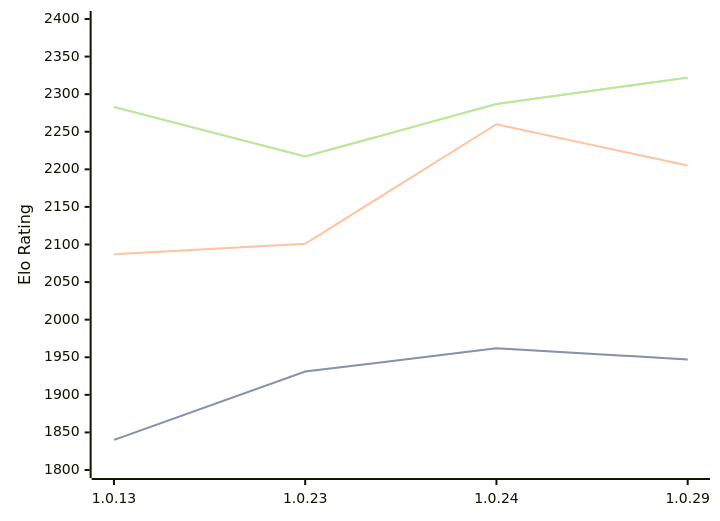
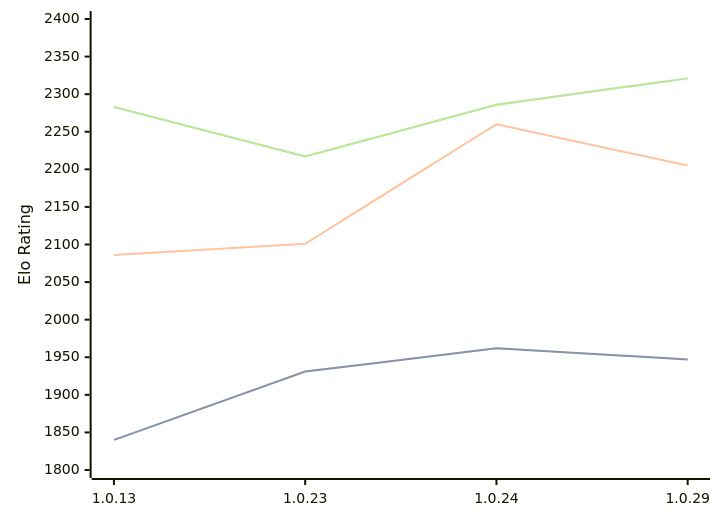
The diagram in engines/RustyRival.md (computer-chess-index/cci), drawn with Mermaid before and after one commit. The commit also changed other lines of this file, not shown here.

Commit message:
Update CCI Ratings (ELO VLTC) - 2026-03-03

````diff
--- a/engines/RustyRival.md
+++ b/engines/RustyRival.md
@@ -54,11 +54,11 @@
 ```mermaid
 %%{init: {"theme":"base","themeVariables":{"seriesColors:['#a3a3a3','#222221','#faa371']}}}%%
 xychart-beta
   x-axis ["1.0.13", "1.0.23", "1.0.24", "1.0.29"]
   y-axis "Elo Rating" 1800 --> 2400
   line "STC (8.0+0.08s)" [1840, 1931, 1962, 1947]
   line "STC (8.0+0.08s)" [1840, 1931, 1962, 1947]
-  line "LTC (60.0+0.60s)" [2087, 2101, 2260, 2205]
-  line "VLTC (2m24s+1.12s)" [2283, 2217, 2287, 2322]
-  line "VLTC (2m24s+1.12s)" [2283, 2217, 2287, 2322]
+  line "LTC (60.0+0.60s)" [2086, 2101, 2260, 2205]
+  line "VLTC (2m24s+1.12s)" [2283, 2217, 2286, 2321]
+  line "VLTC (2m24s+1.12s)" [2283, 2217, 2286, 2321]
 ```
````
